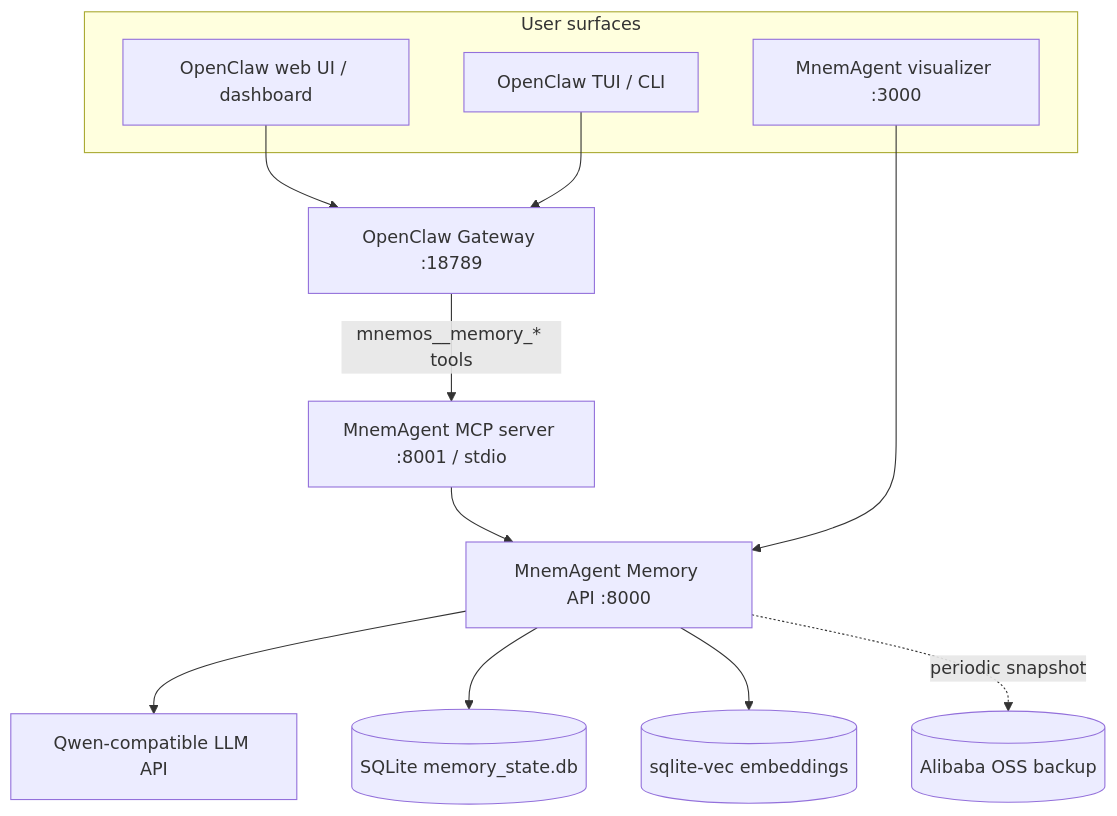
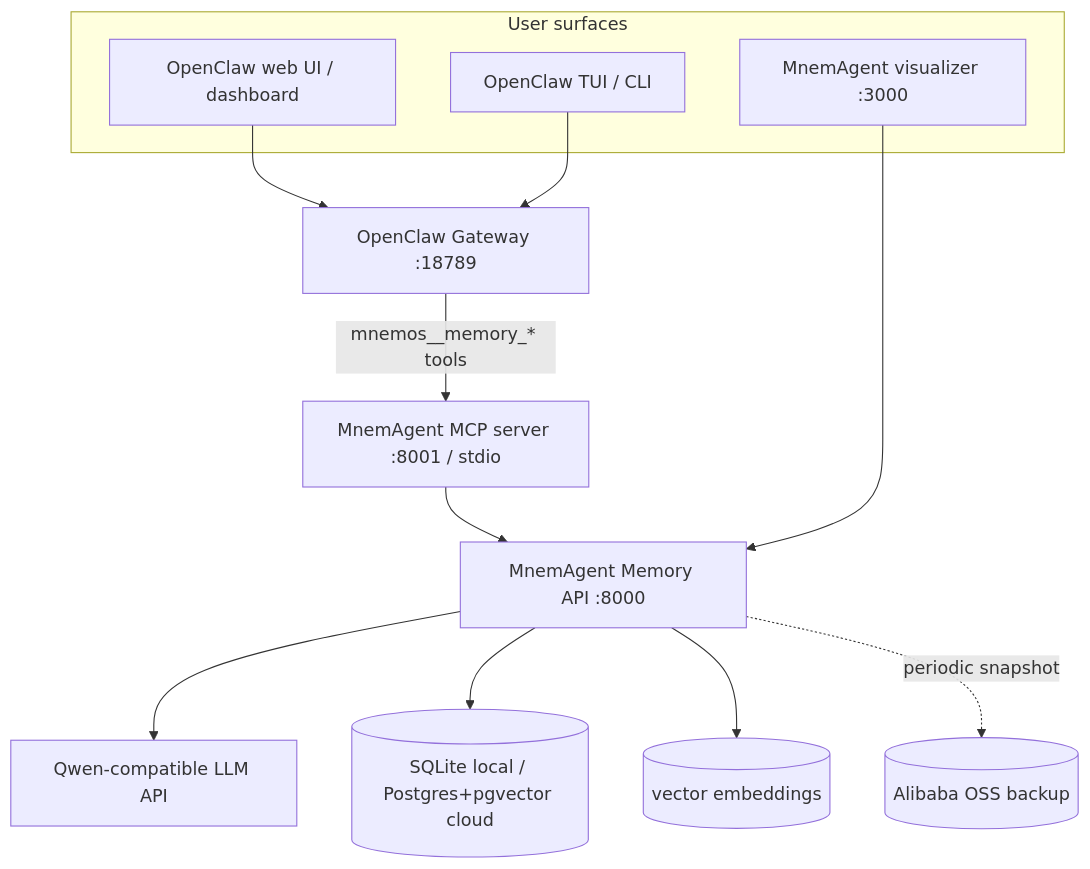
One commit to crankysmh47/MnemAgent changed the first of 4 diagrams in README.md. Above: the diagram before and after it, drawn with Mermaid. The commit also changed other lines of this file and 20 other files, not shown here.

Commit message:
feat: add cloud memory overhaul foundation

````diff
--- a/README.md
+++ b/README.md
@@ -96,26 +97,26 @@
 ```mermaid
 flowchart TB
   subgraph UserSurfaces["User surfaces"]
     OCWEB["OpenClaw web UI / dashboard"]
     OCTUI["OpenClaw TUI / CLI"]
     VIZ["MnemAgent visualizer :3000"]
   end
 
   GW["OpenClaw Gateway :18789"]
   MCP["MnemAgent MCP server :8001 / stdio"]
   API["MnemAgent Memory API :8000"]
   QWEN["Qwen-compatible LLM API"]
-  DB[("SQLite memory_state.db")]
-  VEC[("sqlite-vec embeddings")]
+  DB[("SQLite local / Postgres+pgvector cloud")]
+  VEC[("vector embeddings")]
   OSS[("Alibaba OSS backup")]
 
   OCWEB --> GW
   OCTUI --> GW
   GW -->|"mnemos__memory_* tools"| MCP
   MCP --> API
   VIZ --> API
   API --> QWEN
   API --> DB
   API --> VEC
   API -. periodic snapshot .-> OSS
 ```
````
